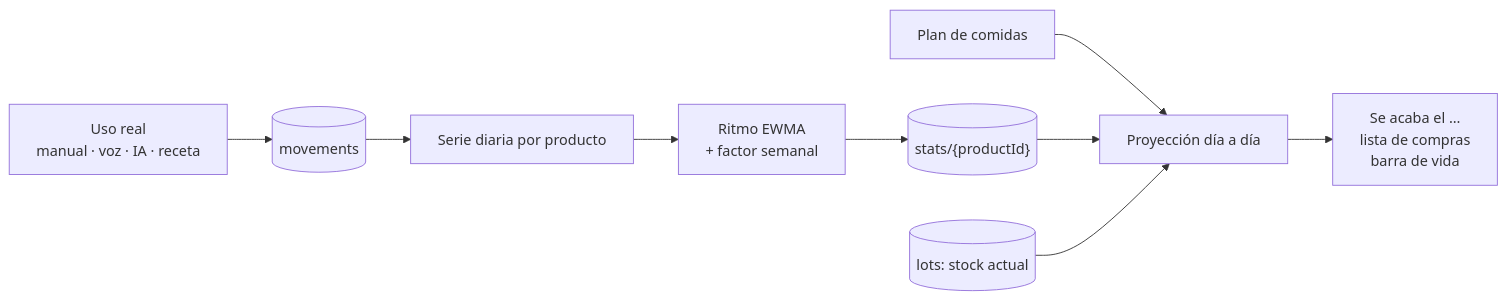
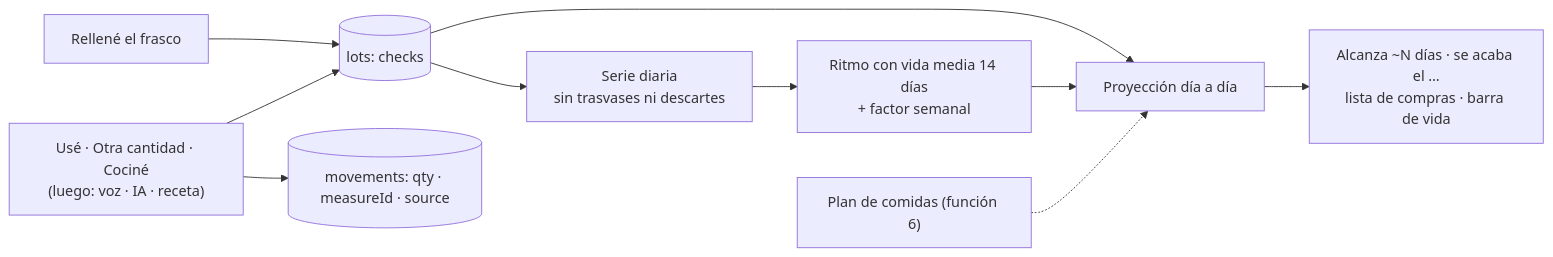
Before and after one commit to amyjimenaperaltaaranda-cyber/CASA-PERALTA: the fifth of 7 diagrams in docs/ARQUITECTURA.md, drawn with Mermaid. The commit also changed other lines of this file and 12 other files, not shown here.

````diff
--- a/docs/ARQUITECTURA.md
+++ b/docs/ARQUITECTURA.md
@@ -421,11 +428,12 @@
 ```mermaid
 flowchart LR
-  A["Uso real<br/>manual · voz · IA · receta"] --> M[("movements")]
-  M --> S["Serie diaria por producto"]
-  S --> R["Ritmo EWMA<br/>+ factor semanal"]
-  R --> ST[("stats/{productId}")]
-  P["Plan de comidas"] --> PR
-  ST --> PR["Proyección día a día"]
-  L[("lots: stock actual")] --> PR
-  PR --> O["Se acaba el …<br/>lista de compras<br/>barra de vida"]
+  A["Usé · Otra cantidad · Cociné<br/>(luego: voz · IA · receta)"] --> L[("lots: checks")]
+  A --> M[("movements: qty · measureId · source")]
+  F["Rellené el frasco"] --> L
+  L --> S["Serie diaria<br/>sin trasvases ni descartes"]
+  S --> R["Ritmo con vida media 14 días<br/>+ factor semanal"]
+  P["Plan de comidas (función 6)"] -.-> PR
+  R --> PR["Proyección día a día"]
+  L --> PR
+  PR --> O["Alcanza ~N días · se acaba el …<br/>lista de compras · barra de vida"]
 ```
````
